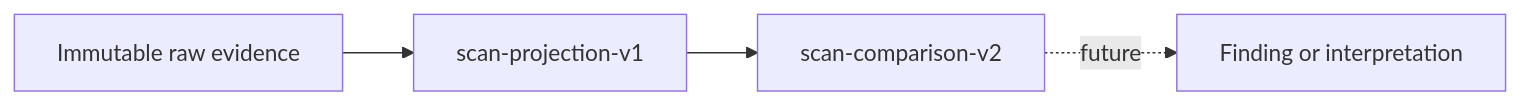
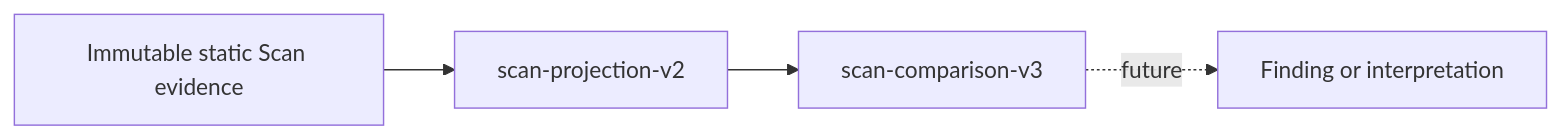
Before and after one commit to Artsen/site-ledger: the first of 8 diagrams in docs/scan-comparisons.md, drawn with Mermaid. The commit also changed other lines of this file and 23 other files, not shown here.

Commit message:
fix: decouple Render evidence from Scan projections

```diff
--- a/docs/scan-comparisons.md
+++ b/docs/scan-comparisons.md
@@ -7,6 +7,6 @@
 ~~~mermaid
 flowchart LR
-  E[Immutable raw evidence] --> P[scan-projection-v1]
-  P --> C[scan-comparison-v2]
+  E[Immutable static Scan evidence] --> P[scan-projection-v2]
+  P --> C[scan-comparison-v3]
   C -. future .-> F[Finding or interpretation]
 ~~~
```
